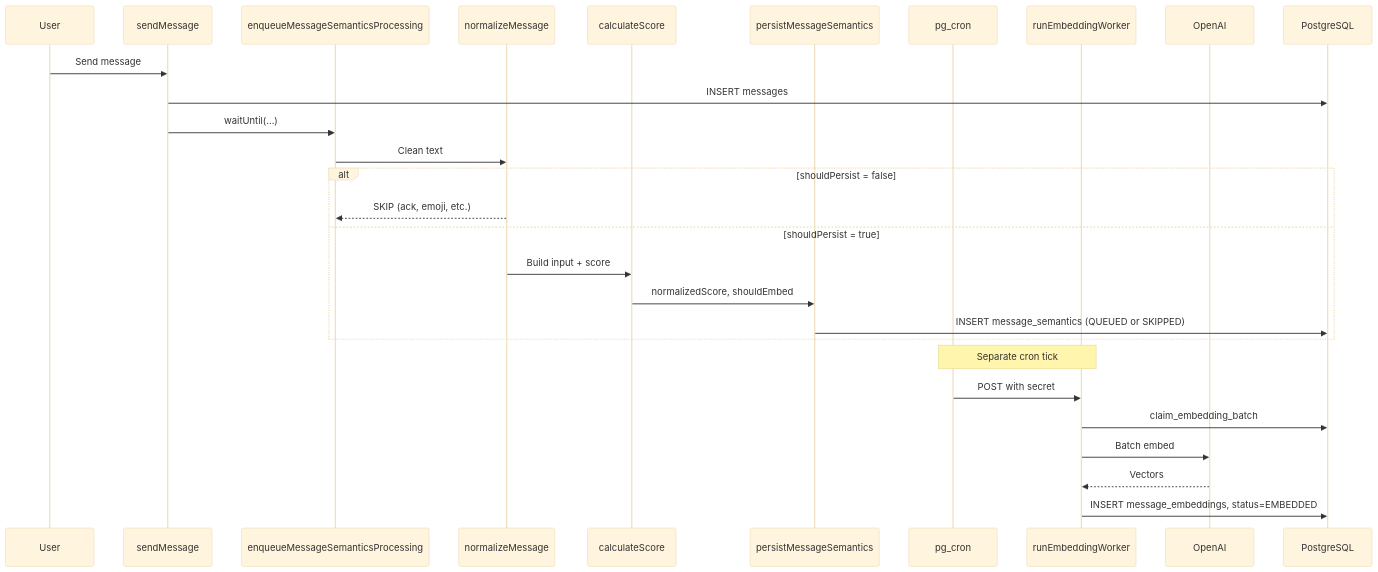
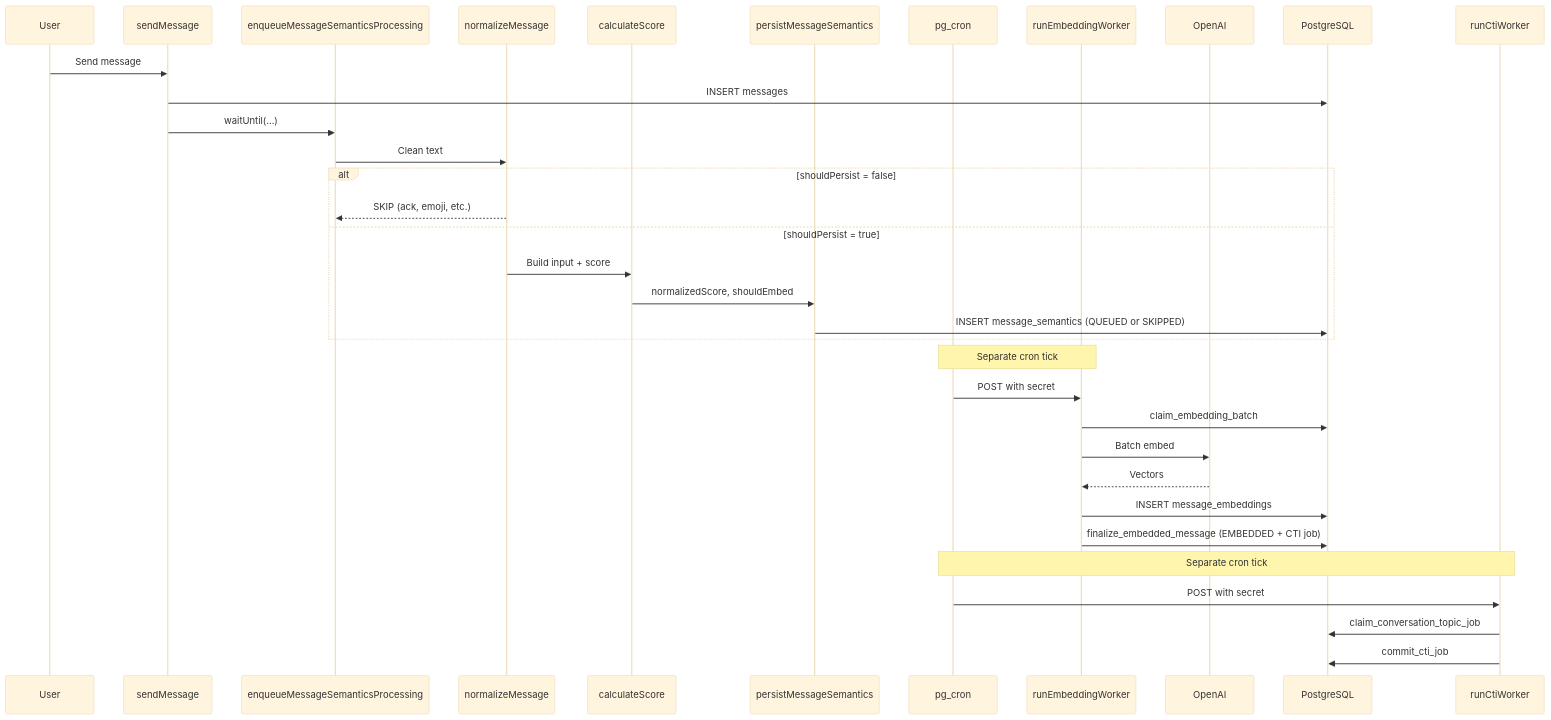
Before and after one commit to carlos-tamarind/tamarind-app: the diagram in docs/semantic/pipeline.md, drawn with Mermaid (base theme). The commit also changed other lines of this file and 20 other files, not shown here.

````diff
--- a/docs/semantic/pipeline.md
+++ b/docs/semantic/pipeline.md
@@ -7,32 +7,39 @@
 ```mermaid
 sequenceDiagram
   participant User
   participant SF as sendMessage
   participant Enqueue as enqueueMessageSemanticsProcessing
   participant Norm as normalizeMessage
   participant Score as calculateScore
   participant Persist as persistMessageSemantics
   participant Cron as pg_cron
   participant Worker as runEmbeddingWorker
   participant OpenAI
   participant DB as PostgreSQL
+  participant CtiWorker as runCtiWorker
 
   User->>SF: Send message
   SF->>DB: INSERT messages
   SF->>Enqueue: waitUntil(...)
   Enqueue->>Norm: Clean text
   alt shouldPersist = false
     Norm-->>Enqueue: SKIP (ack, emoji, etc.)
   else shouldPersist = true
     Norm->>Score: Build input + score
     Score->>Persist: normalizedScore, shouldEmbed
     Persist->>DB: INSERT message_semantics (QUEUED or SKIPPED)
   end
 
   Note over Cron,Worker: Separate cron tick
   Cron->>Worker: POST with secret
   Worker->>DB: claim_embedding_batch
   Worker->>OpenAI: Batch embed
   OpenAI-->>Worker: Vectors
-  Worker->>DB: INSERT message_embeddings, status=EMBEDDED
+  Worker->>DB: INSERT message_embeddings
+  Worker->>DB: finalize_embedded_message (EMBEDDED + CTI job)
+
+  Note over Cron,CtiWorker: Separate cron tick
+  Cron->>CtiWorker: POST with secret
+  CtiWorker->>DB: claim_conversation_topic_job
+  CtiWorker->>DB: commit_cti_job
 ```
````
